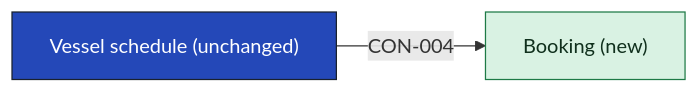
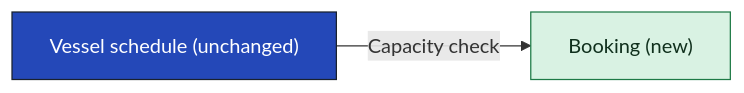
One commit to smalls257/vela changed the diagram in examples/unified-booking/05-building-blocks/vessel-schedule-building-blocks.md. Above: the diagram before and after it, drawn with Mermaid. The commit also changed other lines of this file and 56 other files, not shown here.

````diff
--- a/examples/unified-booking/05-building-blocks/vessel-schedule-building-blocks.md
+++ b/examples/unified-booking/05-building-blocks/vessel-schedule-building-blocks.md
@@ -28,10 +28,10 @@
 ```mermaid
 flowchart LR
   n_APP_booking["Booking (new)"]
   n_APP_vessel_schedule["Vessel schedule (unchanged)"]
-  n_APP_vessel_schedule -->|"CON-004"| n_APP_booking
+  n_APP_vessel_schedule -->|"Capacity check"| n_APP_booking
   classDef focus fill:#2448b8,stroke:#19212d,color:#ffffff
   classDef new fill:#d9f2e3,stroke:#1e7a46,color:#10301d
   class n_APP_vessel_schedule focus
   class n_APP_booking new
 ```
````
